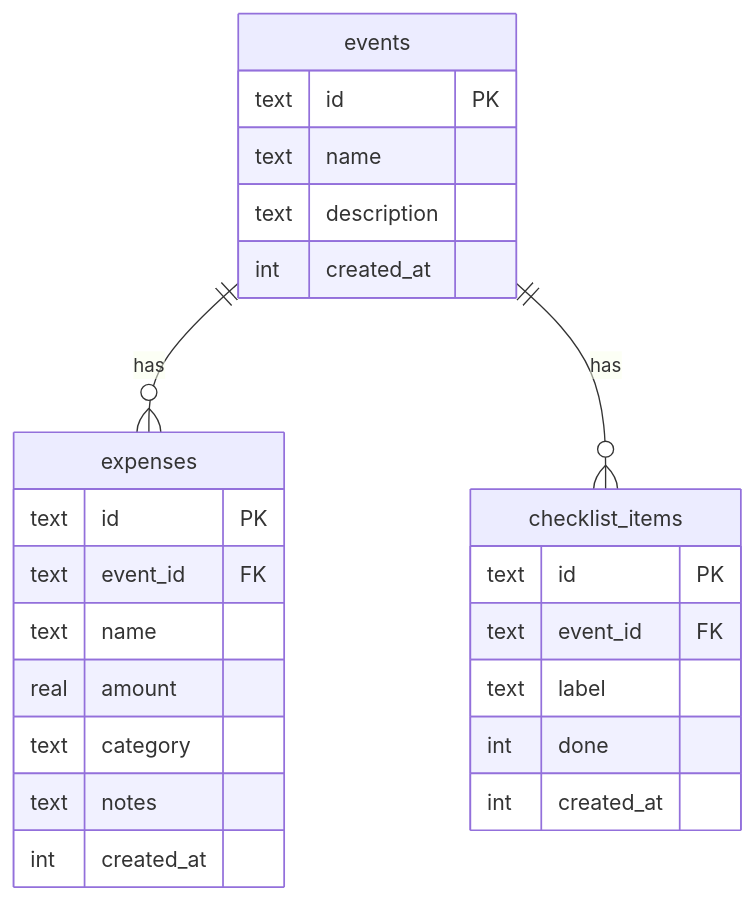
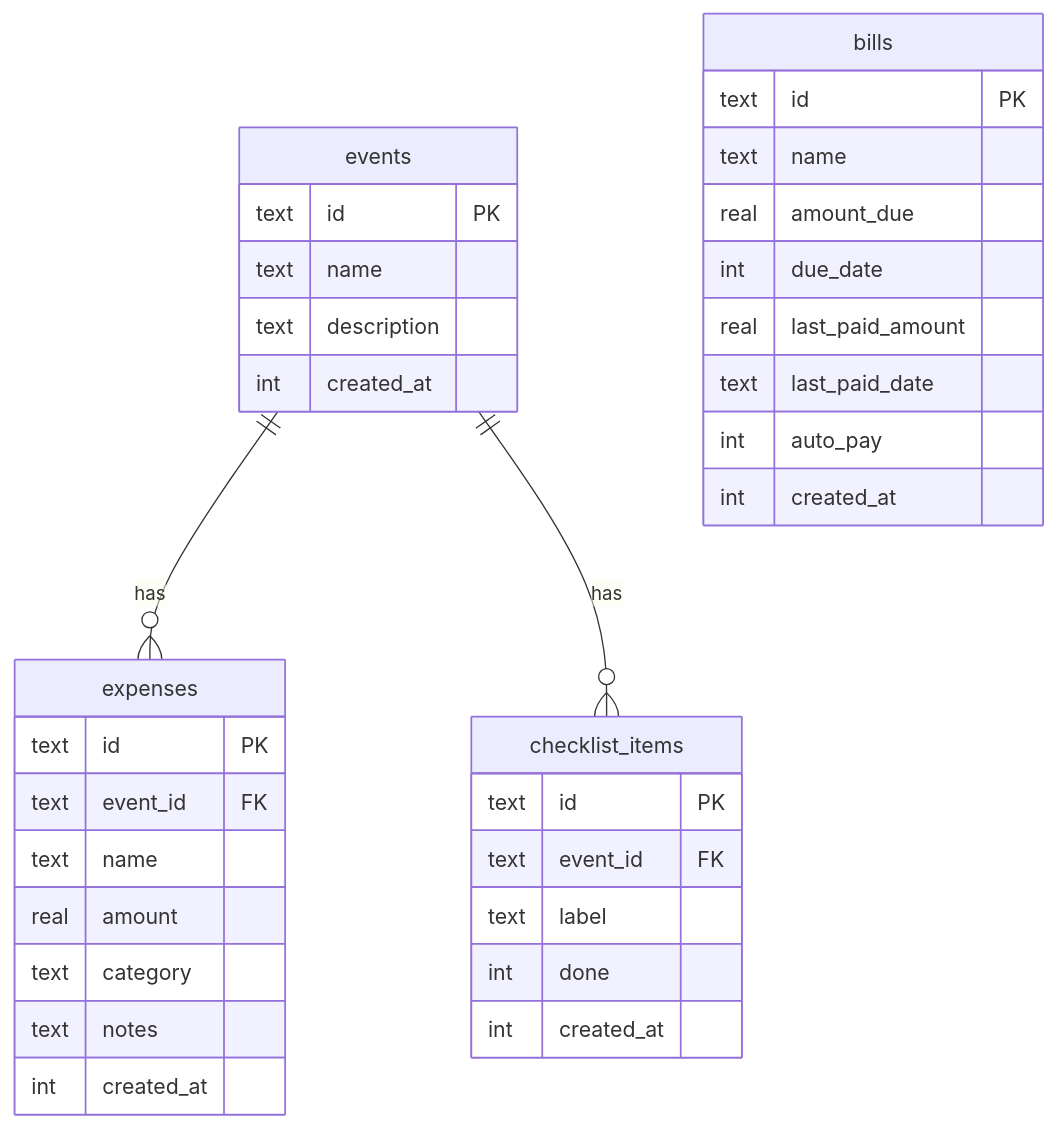
The fourth of 7 diagrams in ARCHITECTURE.md (BenMob/Planit), drawn with Mermaid before and after one commit. The commit also changed other lines of this file and 21 other files, not shown here.

````diff
--- a/ARCHITECTURE.md
+++ b/ARCHITECTURE.md
@@ -110,30 +121,41 @@
 ```mermaid
 erDiagram
   events ||--o{ expenses : "has"
   events ||--o{ checklist_items : "has"
 
   events {
     text id PK
     text name
     text description
     int created_at
   }
 
   expenses {
     text id PK
     text event_id FK
     text name
     real amount
     text category
     text notes
     int created_at
   }
 
   checklist_items {
     text id PK
     text event_id FK
     text label
     int done
     int created_at
   }
+
+  bills {
+    text id PK
+    text name
+    real amount_due
+    int due_date
+    real last_paid_amount
+    text last_paid_date
+    int auto_pay
+    int created_at
+  }
 ```
````
